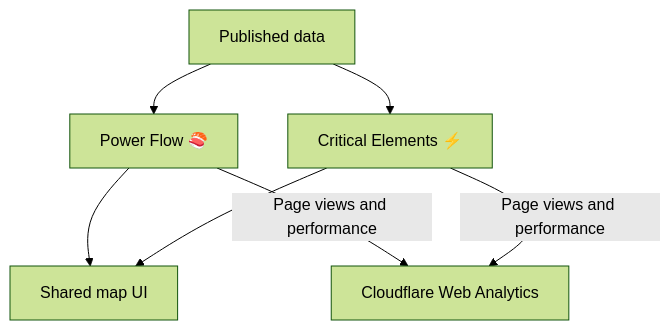
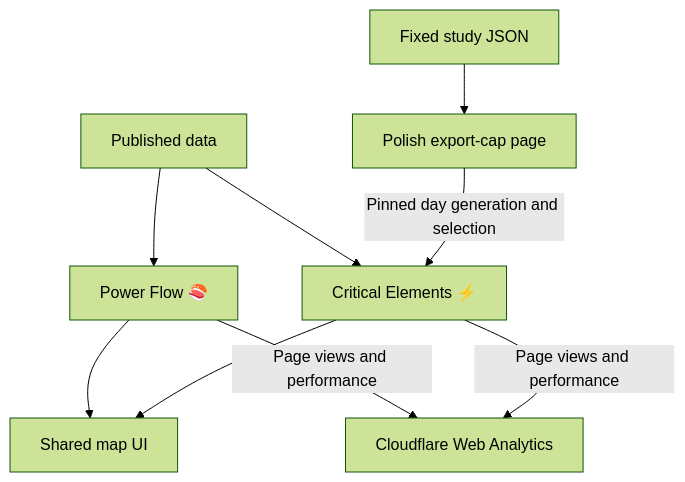
One commit to zoltanmaric/coppersushi changed the diagram in coppersushi/frontend/README.md. Above: the diagram before and after it, drawn with Mermaid (forest theme). The commit also changed other lines of this file and 42 other files, not shown here.

Commit message:
Add fixed Polish export-cap investigation page

````diff
--- a/coppersushi/frontend/README.md
+++ b/coppersushi/frontend/README.md
@@ -10,13 +10,15 @@
 ```mermaid
 flowchart TB
   data["Published data"]
   data --> powerflow["Power Flow 🍣"]
   data --> cnec["Critical Elements ⚡️"]
   powerflow --> shared["Shared map UI"]
   cnec --> shared
+  study["Fixed study JSON"] --> investigation["Polish export-cap page"]
+  investigation -->|Pinned day generation and selection| cnec
   powerflow -->|Page views and performance| analytics["Cloudflare Web Analytics"]
   cnec -->|Page views and performance| analytics
   click powerflow "https://github.com/zoltanmaric/coppersushi/tree/main/coppersushi/frontend/pages/powerflow/README.md"
   click cnec "https://github.com/zoltanmaric/coppersushi/tree/main/coppersushi/frontend/pages/cnec/README.md"
   click shared "https://github.com/zoltanmaric/coppersushi/tree/main/coppersushi/frontend/map/README.md"
 ```
````
